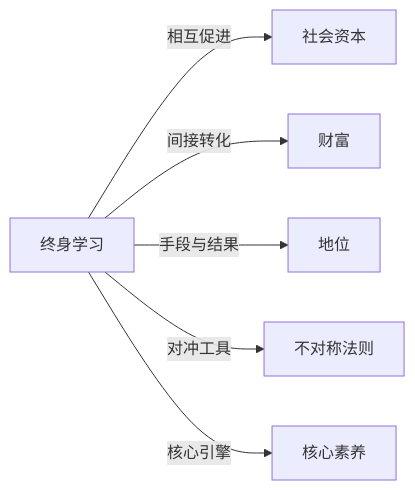
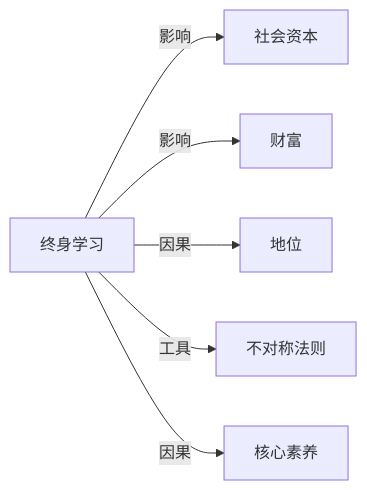
Before and after one commit to KIMMCHOW/MyKnowledge: the diagram in Knowledge/Concepts/教育/终身学习.md, drawn with Mermaid. The commit also changed 95 other files, not shown here.

Commit message:
reorganize: 统一关系图边标签为11类

````diff
--- a/Knowledge/Concepts/教育/终身学习.md
+++ b/Knowledge/Concepts/教育/终身学习.md
@@ -44,8 +44,8 @@
 ```mermaid
 graph LR
-终身学习 -->|相互促进| 社会资本
-终身学习 -->|间接转化| 财富
-终身学习 -->|手段与结果| 地位
-终身学习 -->|对冲工具| 不对称法则
-终身学习 -->|核心引擎| 核心素养
+终身学习 -->|影响| 社会资本
+终身学习 -->|影响| 财富
+终身学习 -->|因果| 地位
+终身学习 -->|工具| 不对称法则
+终身学习 -->|因果| 核心素养
 ```
````
